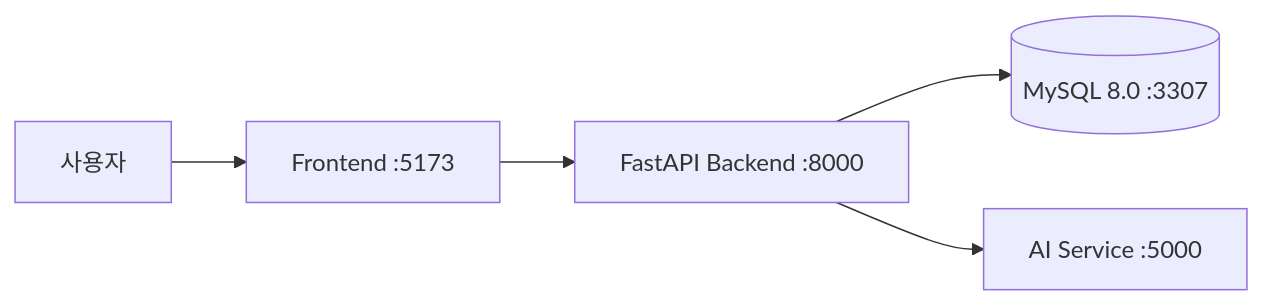
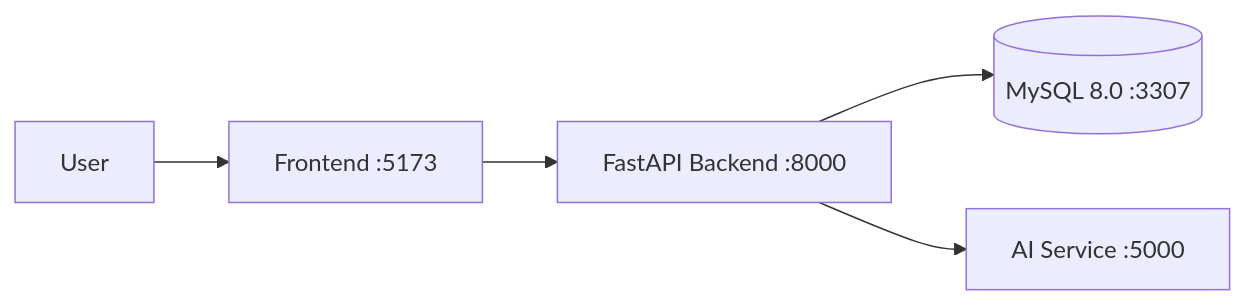
The diagram in README.md (kakao-NoBot/VLUR-Captcha), drawn with Mermaid before and after one commit. The commit also changed other lines of this file, not shown here.

````diff
--- a/README.md
+++ b/README.md
@@ -29,7 +29,7 @@
 ```mermaid
 flowchart LR
-    U["사용자"] --> F["Frontend :5173"]
+    U["User"] --> F["Frontend :5173"]
     F --> B["FastAPI Backend :8000"]
     B --> D[("MySQL 8.0 :3307")]
     B --> A["AI Service :5000"]
 ```
````
